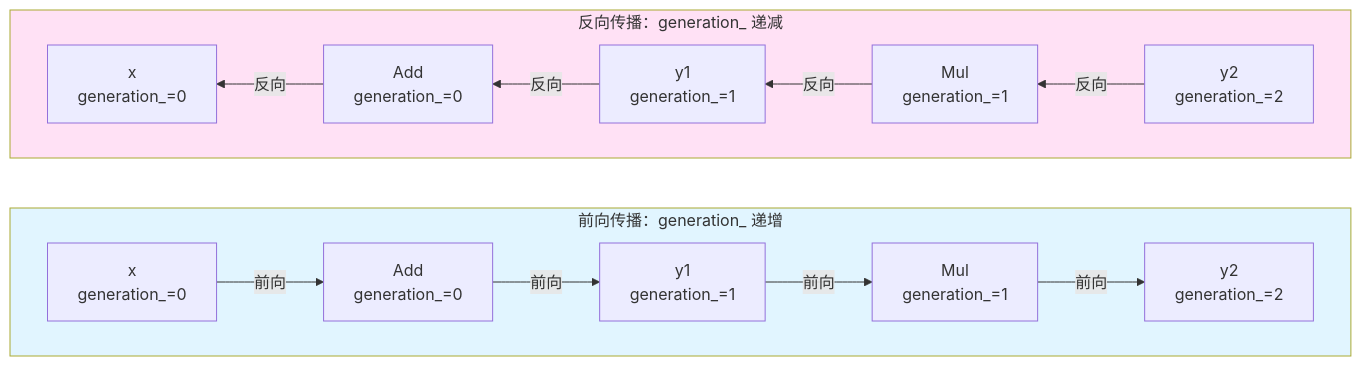
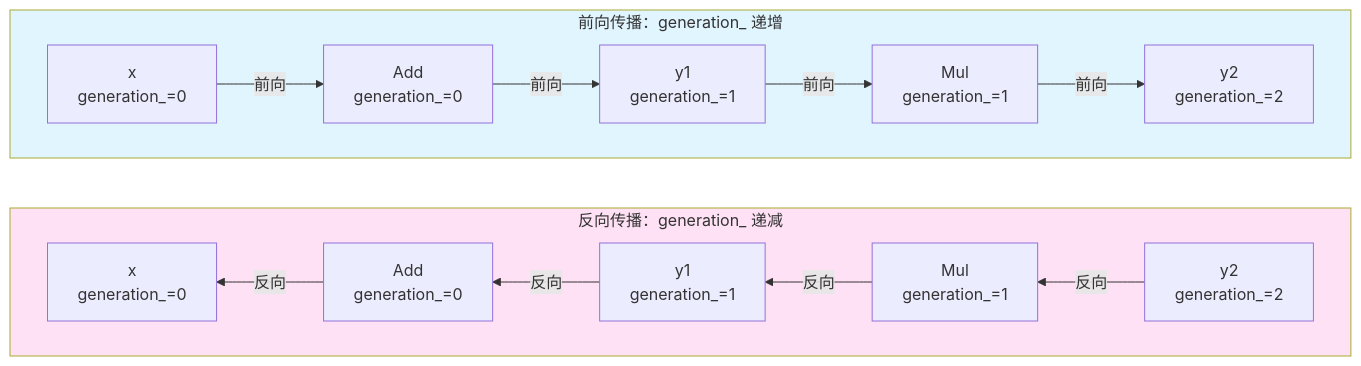
Diagram 15 of 47 in docs/design/architecture.md (jinbooooom/OriginDL), drawn with Mermaid before and after one commit. The commit also changed other lines of this file, not shown here.

Commit message:
doc(design): refactor architecture documentation chapters 3，4，6, 7 and 10

````diff
--- a/docs/design/architecture.md
+++ b/docs/design/architecture.md
@@ -996,33 +1045,33 @@
 ```mermaid
 flowchart LR
+    subgraph Backward["反向传播：generation_ 递减"]
+        direction RL
+        X2["x<br/>generation_=0"]
+        Add2["Add<br/>generation_=0"]
+        Y1_2["y1<br/>generation_=1"]
+        Mul2["Mul<br/>generation_=1"]
+        Y2_2["y2<br/>generation_=2"]
+        
+        Y2_2 -->|反向| Mul2
+        Mul2 -->|反向| Y1_2
+        Y1_2 -->|反向| Add2
+        Add2 -->|反向| X2
+    end
+
     subgraph Forward["前向传播：generation_ 递增"]
         direction LR
         X["x<br/>generation_=0"]
         Add["Add<br/>generation_=0"]
         Y1["y1<br/>generation_=1"]
         Mul["Mul<br/>generation_=1"]
         Y2["y2<br/>generation_=2"]
         
         X -->|前向| Add
         Add -->|前向| Y1
         Y1 -->|前向| Mul
         Mul -->|前向| Y2
     end
-    
-    subgraph Backward["反向传播：generation_ 递减"]
-        direction RL
-        X2["x<br/>generation_=0"]
-        Add2["Add<br/>generation_=0"]
-        Y1_2["y1<br/>generation_=1"]
-        Mul2["Mul<br/>generation_=1"]
-        Y2_2["y2<br/>generation_=2"]
-        
-        Y2_2 -->|反向| Mul2
-        Mul2 -->|反向| Y1_2
-        Y1_2 -->|反向| Add2
-        Add2 -->|反向| X2
-    end
-    
+
+    style Backward fill:#ffe1f5
     style Forward fill:#e1f5ff
-    style Backward fill:#ffe1f5
 ```
````
